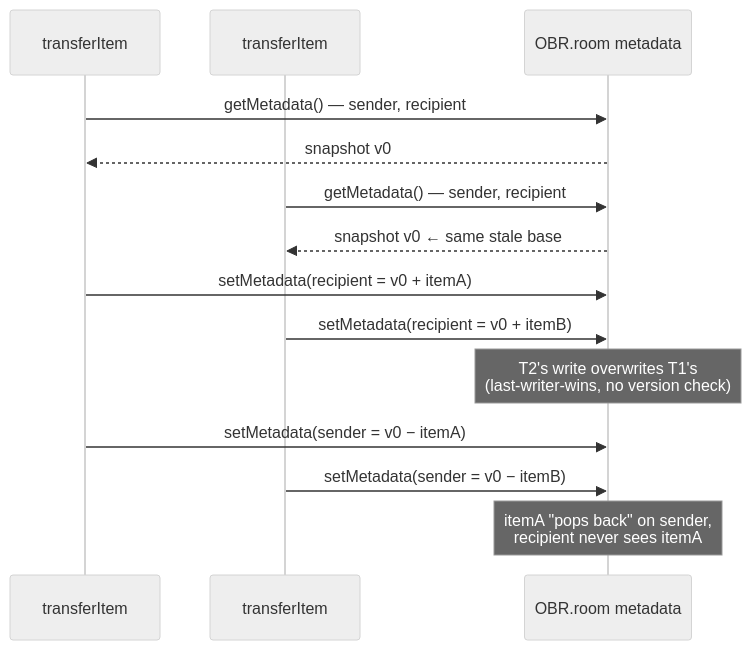
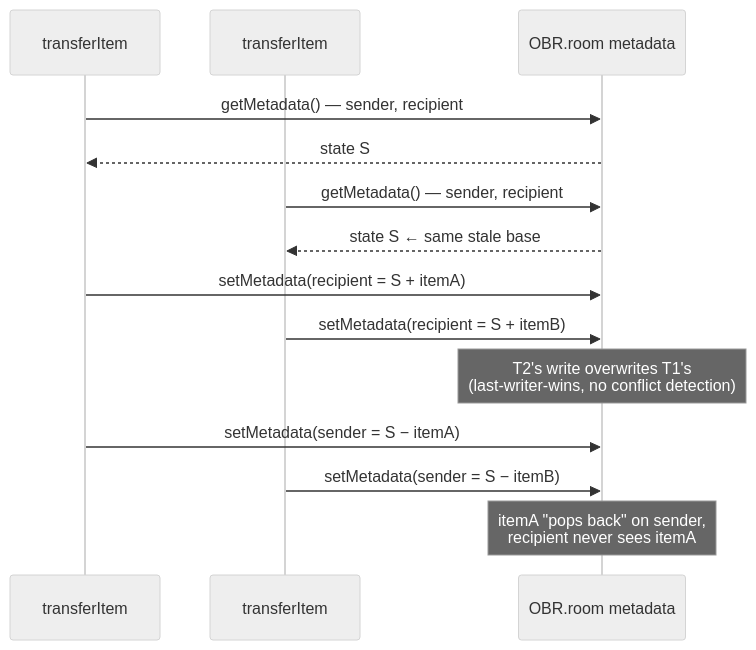
The first of 4 diagrams in docs/superpowers/specs/2026-05-02-atomic-inventory-updates-design.md (abottchen/obr-inv), drawn with Mermaid (neutral theme) before and after one commit.

Commit message:
docs(spec): scrub stale v0 labels from purpose diagram
The §1 sequence diagram still labeled the read snapshot as "v0" —
a vestige of the original versioned-record draft. Today's records
have no version field (and the new ones don't either), so calling
the snapshot "v0" implies versioning that doesn't exist. Switched
to "state S" and updated the trailing note to "last-writer-wins,
no conflict detection."

````diff
--- a/docs/superpowers/specs/2026-05-02-atomic-inventory-updates-design.md
+++ b/docs/superpowers/specs/2026-05-02-atomic-inventory-updates-design.md
@@ -12,17 +12,17 @@
 ```mermaid
 sequenceDiagram
     participant T1 as transferItem #1
     participant T2 as transferItem #2
     participant OBR as OBR.room metadata
 
     T1->>OBR: getMetadata() — sender, recipient
-    OBR-->>T1: snapshot v0
+    OBR-->>T1: state S
     T2->>OBR: getMetadata() — sender, recipient
-    OBR-->>T2: snapshot v0  ← same stale base
-    T1->>OBR: setMetadata(recipient = v0 + itemA)
-    T2->>OBR: setMetadata(recipient = v0 + itemB)
-    Note over OBR: T2's write overwrites T1's<br/>(last-writer-wins, no version check)
-    T1->>OBR: setMetadata(sender = v0 − itemA)
-    T2->>OBR: setMetadata(sender = v0 − itemB)
+    OBR-->>T2: state S  ← same stale base
+    T1->>OBR: setMetadata(recipient = S + itemA)
+    T2->>OBR: setMetadata(recipient = S + itemB)
+    Note over OBR: T2's write overwrites T1's<br/>(last-writer-wins, no conflict detection)
+    T1->>OBR: setMetadata(sender = S − itemA)
+    T2->>OBR: setMetadata(sender = S − itemB)
     Note over OBR: itemA "pops back" on sender,<br/>recipient never sees itemA
 ```
````
